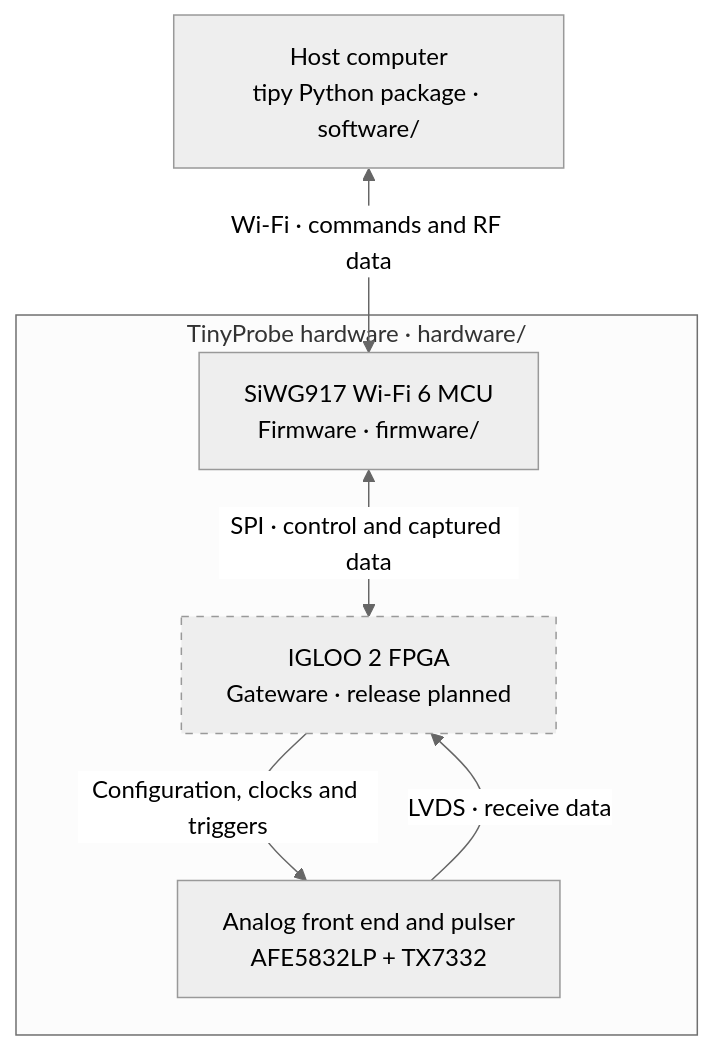
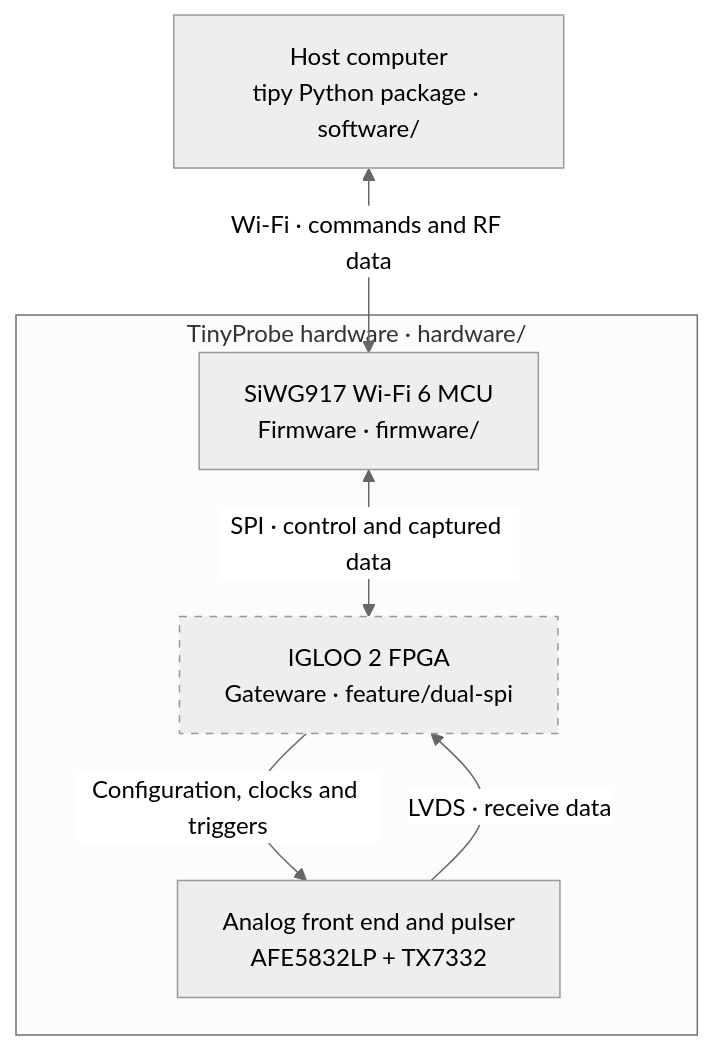
Before and after one commit to pulp-bio/TinyProbe: the diagram in README.md, drawn with Mermaid (neutral theme). The commit also changed other lines of this file, not shown here.

Commit message:
Updated readme with feature/dual-spi reference

````diff
--- a/README.md
+++ b/README.md
@@ -48,18 +51,18 @@
 ```mermaid
 flowchart TB
     Host["Host computer<br/>tipy Python package · software/"]
 
     subgraph Probe["TinyProbe hardware · hardware/"]
         MCU["SiWG917 Wi-Fi 6 MCU<br/>Firmware · firmware/"]
-        FPGA["IGLOO 2 FPGA<br/>Gateware · release planned"]
+        FPGA["IGLOO 2 FPGA<br/>Gateware · feature/dual-spi"]
         Analog["Analog front end and pulser<br/>AFE5832LP + TX7332"]
 
         MCU <-->|"SPI · control and captured data"| FPGA
         FPGA -->|"Configuration, clocks and triggers"| Analog
         Analog -->|"LVDS · receive data"| FPGA
     end
 
     Host <-->|"Wi-Fi · commands and RF data"| MCU
 
     style FPGA stroke-dasharray: 5 5
 ```
````
